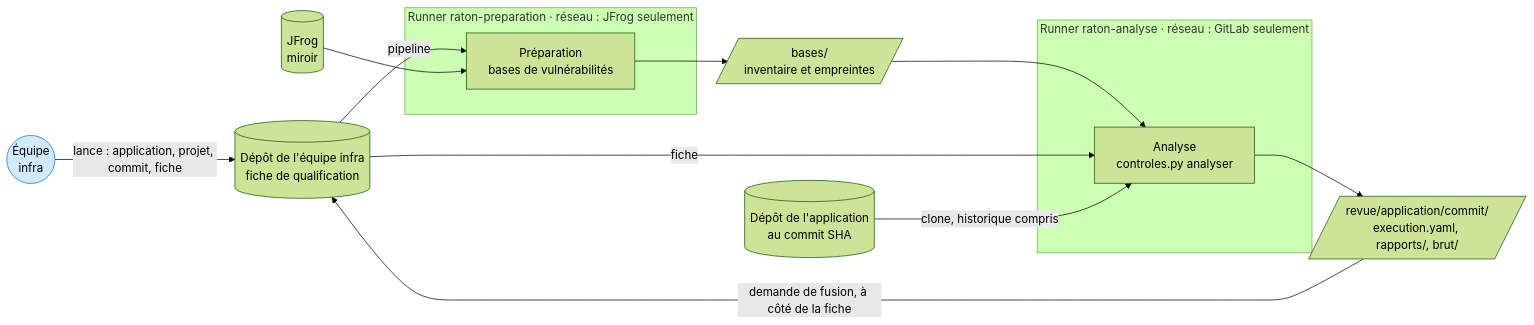
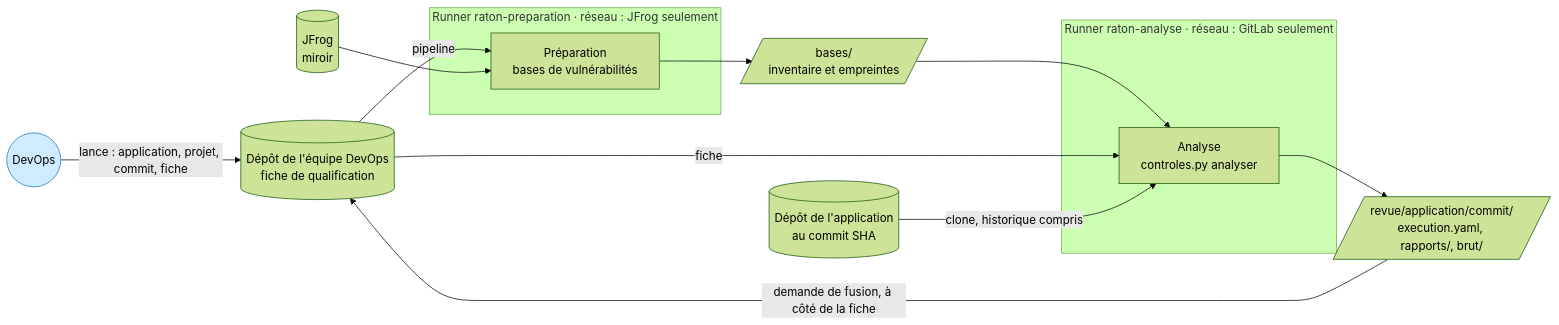
One commit to Jul0ow/Raton changed the diagram in docs/controles.md. Above: the diagram before and after it, drawn with Mermaid (forest theme). The commit also changed other lines of this file and 26 other files, not shown here.

First line of the commit message:
Valide la note, ajoute la boucle de refus et renomme l'équipe infra en DevOps

````diff
--- a/docs/controles.md
+++ b/docs/controles.md
@@ -33,30 +33,30 @@
 ```mermaid
 flowchart LR
-  E(("Équipe<br/>infra"))
-  INFRA[("Dépôt de l'équipe infra<br/>fiche de qualification")]
+  E(("DevOps"))
+  INFRA[("Dépôt de l'équipe DevOps<br/>fiche de qualification")]
   APP[("Dépôt de l'application<br/>au commit SHA")]
   JF[("JFrog<br/>miroir")]
 
   subgraph PREP ["Runner raton-preparation · réseau : JFrog seulement"]
     P["Préparation<br/>bases de vulnérabilités"]
   end
   subgraph ANA ["Runner raton-analyse · réseau : GitLab seulement"]
     A["Analyse<br/>controles.py analyser"]
   end
 
   BASES[/"bases/<br/>inventaire et empreintes"/]
   REV[/"revue/application/commit/<br/>execution.yaml, rapports/, brut/"/]
 
   E -->|"lance : application, projet, commit, fiche"| INFRA
   INFRA -->|"pipeline"| P
   JF --> P
   P --> BASES
   BASES --> A
   INFRA -->|"fiche"| A
   APP -->|"clone, historique compris"| A
   A --> REV
   REV -->|"demande de fusion, à côté de la fiche"| INFRA
 
   classDef humain fill:#d0ebff,stroke:#1971c2,color:#000
   class E humain
 ```
````
